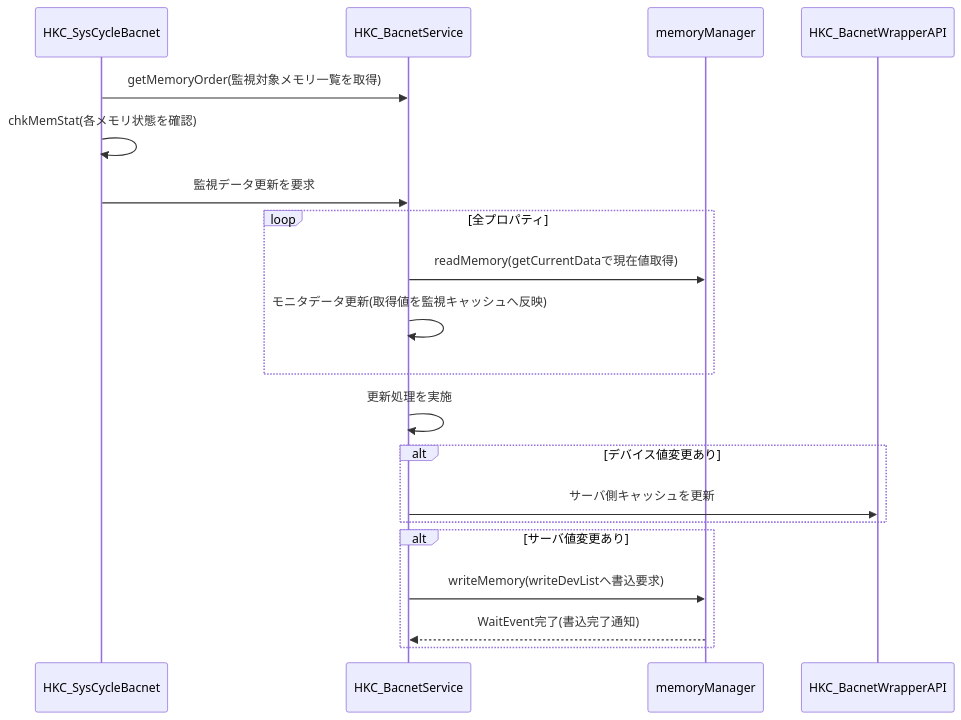
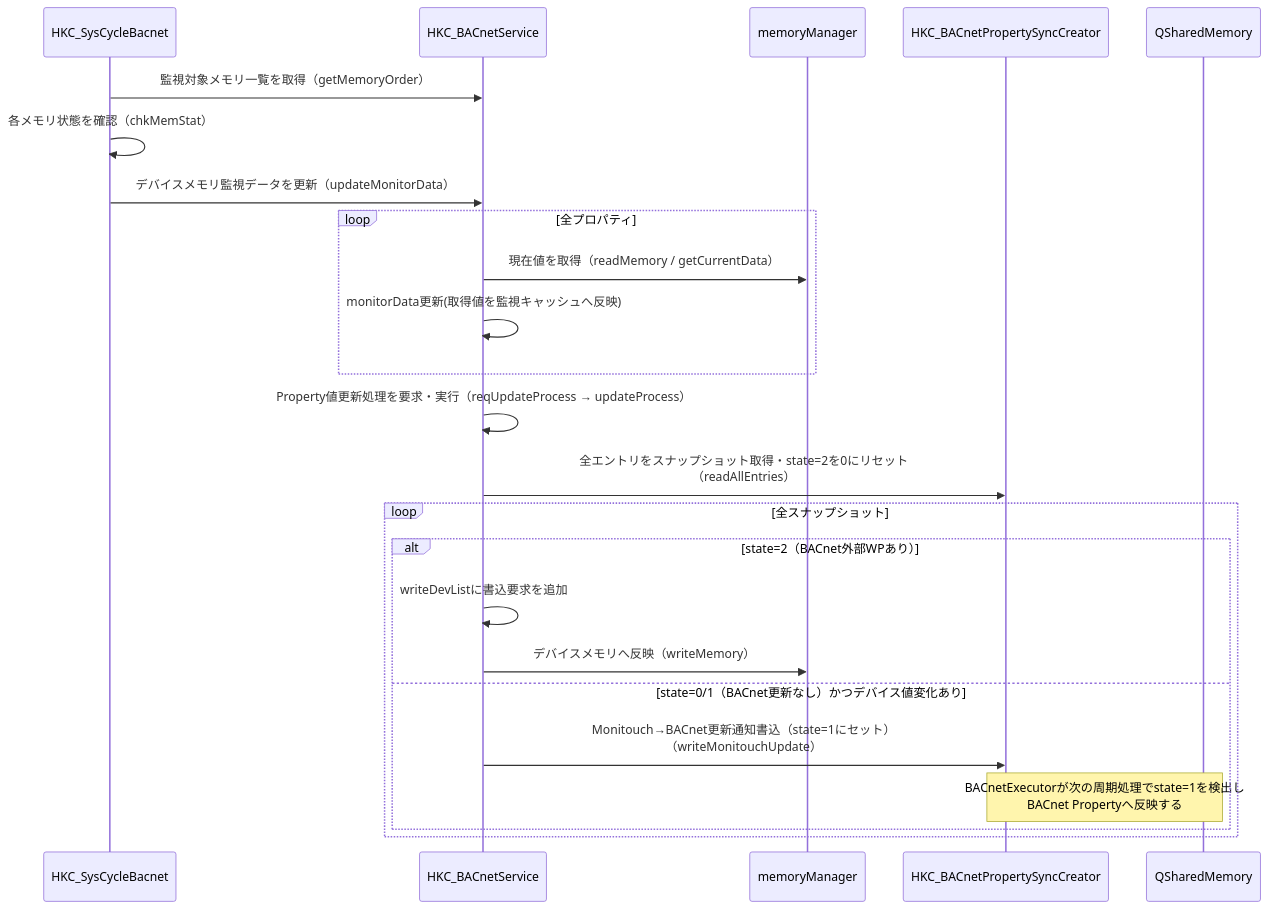
The eighth of 19 diagrams in bacnet.md (moto046/markdown-test), drawn with Mermaid before and after one commit. The commit also changed other lines of this file, not shown here.

````diff
--- a/bacnet.md
+++ b/bacnet.md
@@ -322,28 +493,30 @@
 ```mermaid
 sequenceDiagram
   participant Cycle as HKC_SysCycleBacnet
-  participant Svc as HKC_BacnetService
+  participant Svc as HKC_BACnetService
   participant MM as memoryManager
-  participant Wrap as HKC_BacnetWrapperAPI
+  participant Creator as HKC_BACnetPropertySyncCreator
+  participant SharedMem as QSharedMemory
 
-  Cycle->>Svc: getMemoryOrder(監視対象メモリ一覧を取得)
-  Cycle->>Cycle: chkMemStat(各メモリ状態を確認)
-  Cycle->>Svc: 監視データ更新を要求
+  Cycle->>Svc: 監視対象メモリ一覧を取得（getMemoryOrder）
+  Cycle->>Cycle: 各メモリ状態を確認（chkMemStat）
+  Cycle->>Svc: デバイスメモリ監視データを更新（updateMonitorData）
 
   loop 全プロパティ
-    Svc->>MM: readMemory(getCurrentDataで現在値取得)
-    Svc->>Svc: モニタデータ更新(取得値を監視キャッシュへ反映)
+    Svc->>MM: 現在値を取得（readMemory / getCurrentData）
+    Svc->>Svc: monitorData更新(取得値を監視キャッシュへ反映)
   end
 
-  Svc->>Svc: 更新処理を実施
+  Svc->>Svc: Property値更新処理を要求・実行（reqUpdateProcess → updateProcess）
+  Svc->>Creator: 全エントリをスナップショット取得・state=2を0にリセット<br/>（readAllEntries）
 
-  alt デバイス値変更あり
-    Svc->>Wrap: サーバ側キャッシュを更新
+  loop 全スナップショット
+    alt state=2（BACnet外部WPあり）
+      Svc->>Svc: writeDevListに書込要求を追加
+      Svc->>MM: デバイスメモリへ反映（writeMemory）
+    else state=0/1（BACnet更新なし）かつデバイス値変化あり
+      Svc->>Creator: Monitouch→BACnet更新通知書込（state=1にセット）<br/>（writeMonitouchUpdate）
+      Note over Creator,SharedMem: BACnetExecutorが次の周期処理でstate=1を検出し<br/>BACnet Propertyへ反映する
+    end
   end
-
-  alt サーバ値変更あり
-    Svc->>MM: writeMemory(writeDevListへ書込要求)
-    MM-->>Svc: WaitEvent完了(書込完了通知)
-  end
-
 ```
````
